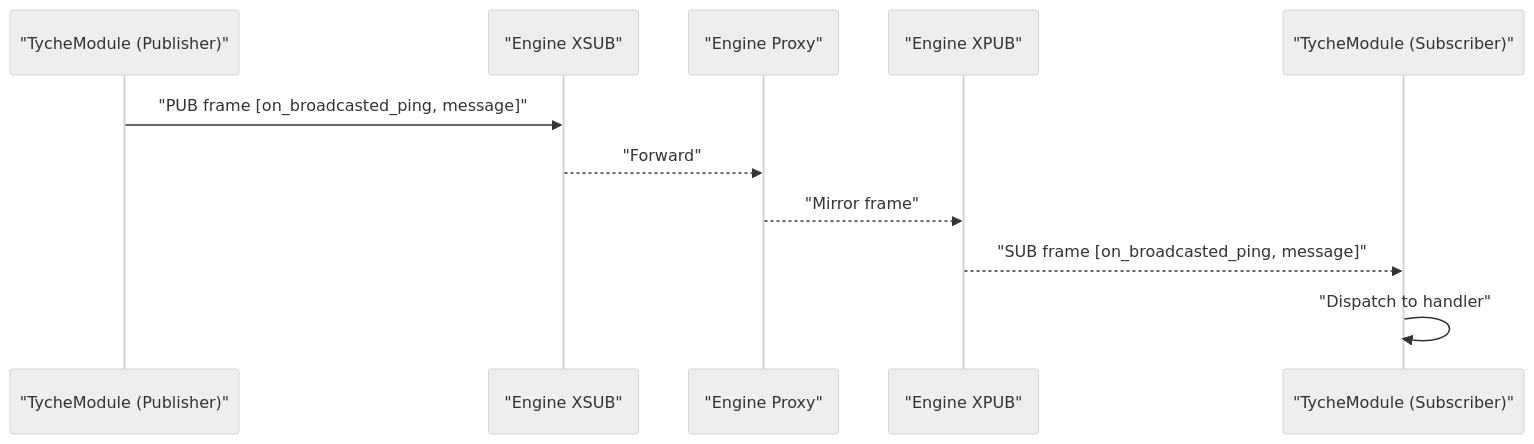
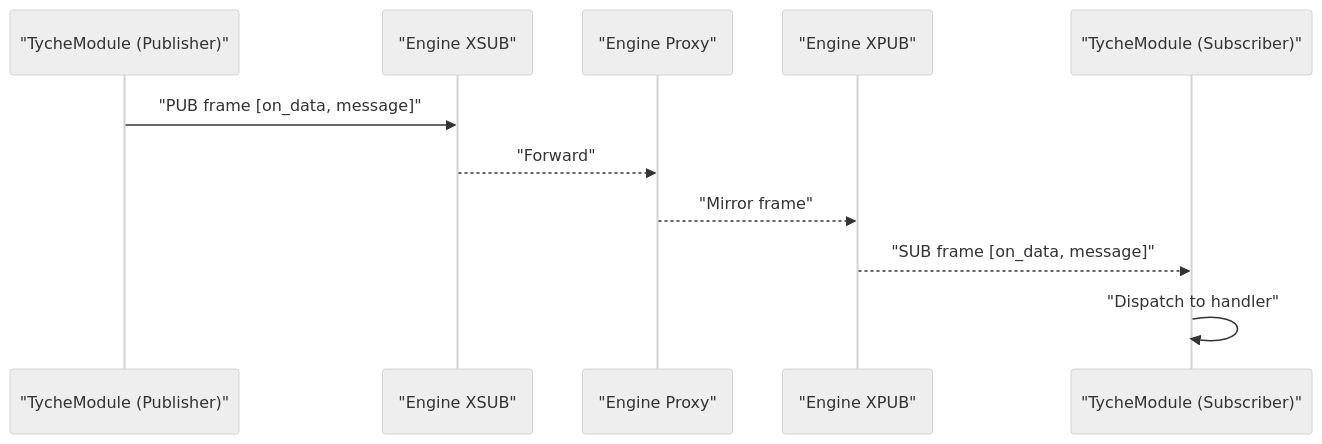
The third of 8 diagrams in .qoder/repowiki/en/content/Communication Patterns/Communication Patterns.md (zt281/TycheEngine), drawn with Mermaid (neutral theme) before and after one commit. The commit also changed other lines of this file and 34 other files, not shown here.

````diff
--- a/.qoder/repowiki/en/content/Communication Patterns/Communication Patterns.md
+++ b/.qoder/repowiki/en/content/Communication Patterns/Communication Patterns.md
@@ -169,13 +185,13 @@
 ```mermaid
 sequenceDiagram
 participant Sender as "TycheModule (Publisher)"
 participant XSUB as "Engine XSUB"
 participant Proxy as "Engine Proxy"
 participant XPUB as "Engine XPUB"
 participant Recv as "TycheModule (Subscriber)"
-Sender->>XSUB : "PUB frame [on_broadcasted_ping, message]"
+Sender->>XSUB : "PUB frame [on_data, message]"
 XSUB-->>Proxy : "Forward"
 Proxy-->>XPUB : "Mirror frame"
-XPUB-->>Recv : "SUB frame [on_broadcasted_ping, message]"
+XPUB-->>Recv : "SUB frame [on_data, message]"
 Recv->>Recv : "Dispatch to handler"
 ```
````
